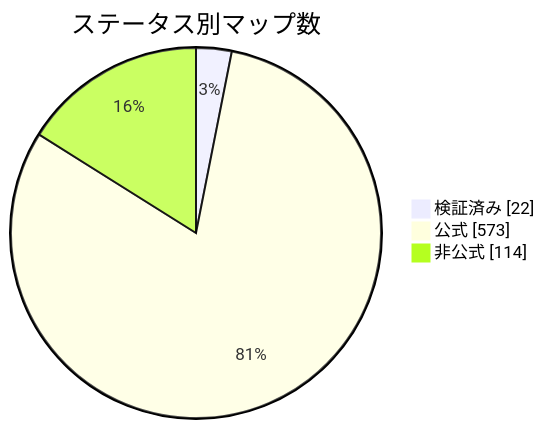
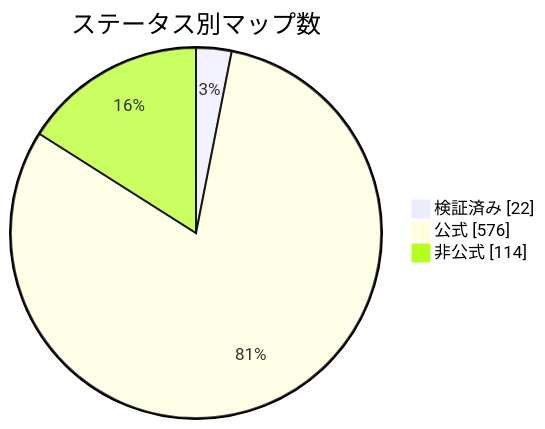
Before and after one commit to nobrega8/mbmap-library: the diagram in docs/readme/README_JP.md, drawn with Mermaid. The commit also changed 8 other files, not shown here.

````diff
--- a/docs/readme/README_JP.md
+++ b/docs/readme/README_JP.md
@@ -54,7 +54,7 @@
 ```mermaid
 pie showData
     title ステータス別マップ数
     "検証済み" : 22
-    "公式" : 573
+    "公式" : 576
     "非公式" : 114
 ```
````
